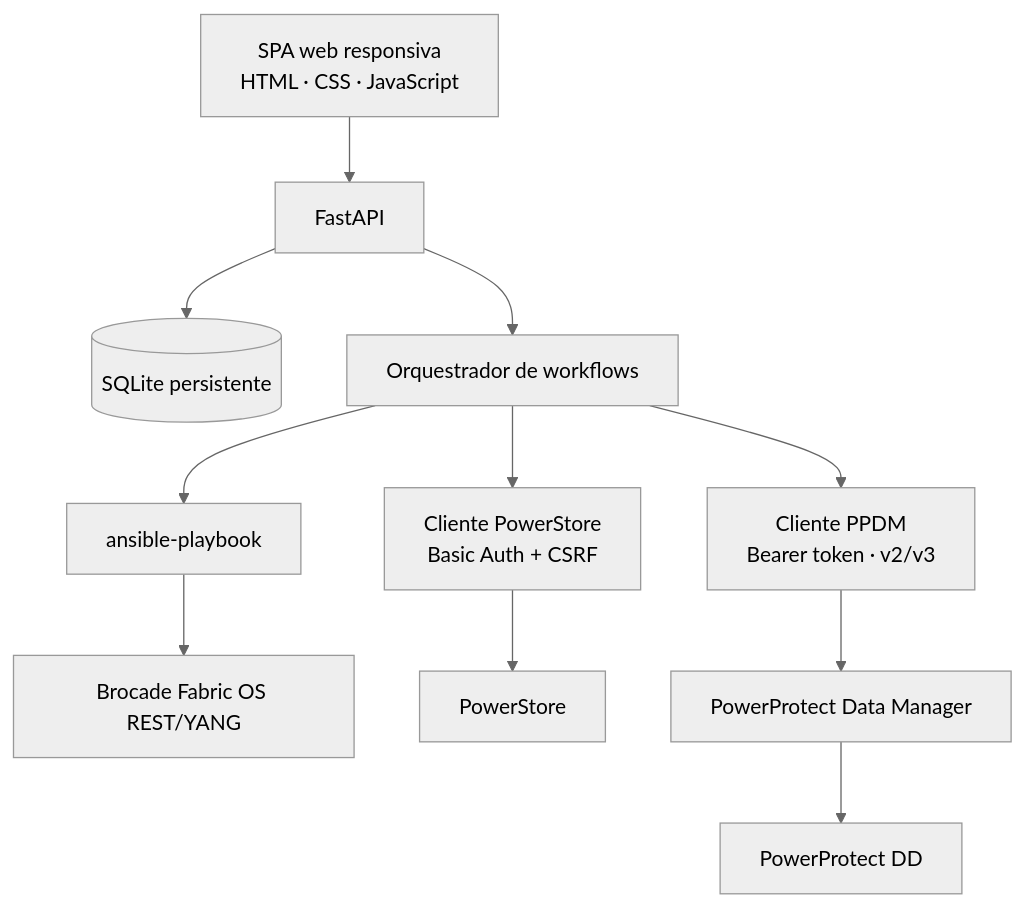
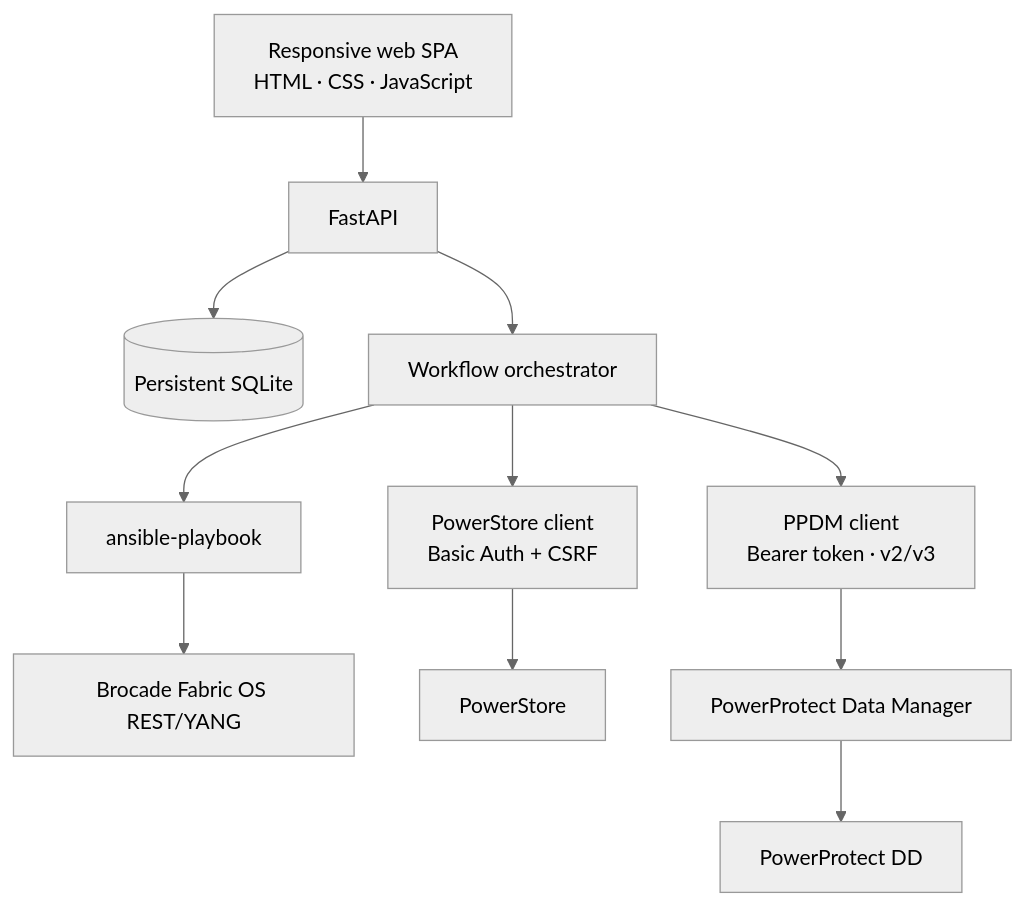
Before and after one commit to AlessandroDaudt/Dell-PPDM-PowerStore: the fifth of 5 diagrams in README.md, drawn with Mermaid (neutral theme). The commit also changed other lines of this file and 9 other files, not shown here.

````diff
--- a/README.md
+++ b/README.md
@@ -108,13 +108,13 @@
 ```mermaid
 flowchart TB
-    UI[SPA web responsiva<br/>HTML · CSS · JavaScript] --> API[FastAPI]
-    API --> DB[(SQLite persistente)]
-    API --> ORCH[Orquestrador de workflows]
-    ORCH --> PSC[Cliente PowerStore<br/>Basic Auth + CSRF]
-    ORCH --> PPC[Cliente PPDM<br/>Bearer token · v2/v3]
+    UI[Responsive web SPA<br/>HTML · CSS · JavaScript] --> API[FastAPI]
+    API --> DB[(Persistent SQLite)]
+    API --> ORCH[Workflow orchestrator]
+    ORCH --> PSC[PowerStore client<br/>Basic Auth + CSRF]
+    ORCH --> PPC[PPDM client<br/>Bearer token · v2/v3]
     ORCH --> ANS[ansible-playbook]
     ANS --> FOS[Brocade Fabric OS REST/YANG]
     PSC --> PS[PowerStore]
     PPC --> PPDM[PowerProtect Data Manager]
     PPDM --> DD[PowerProtect DD]
 ```
````
